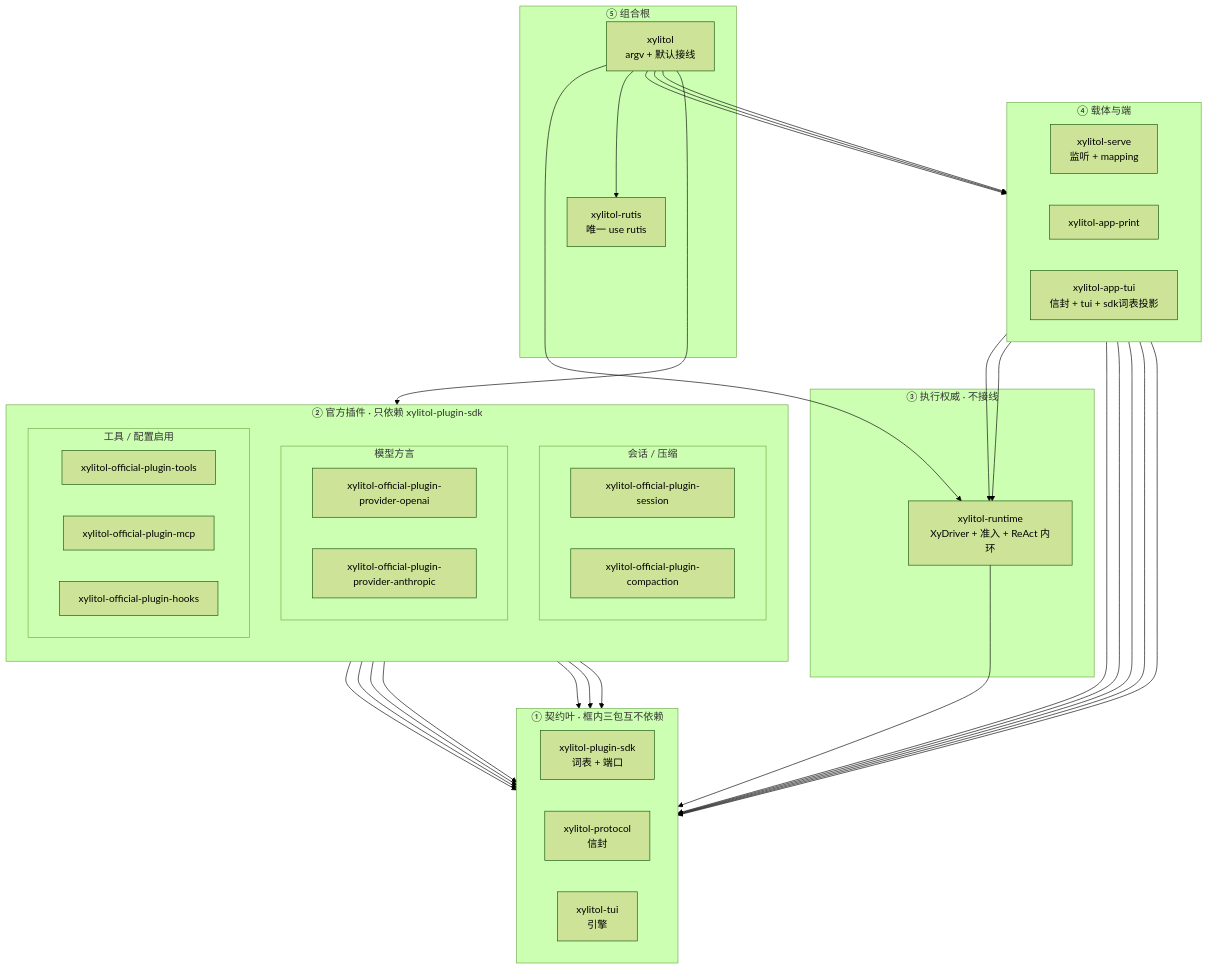
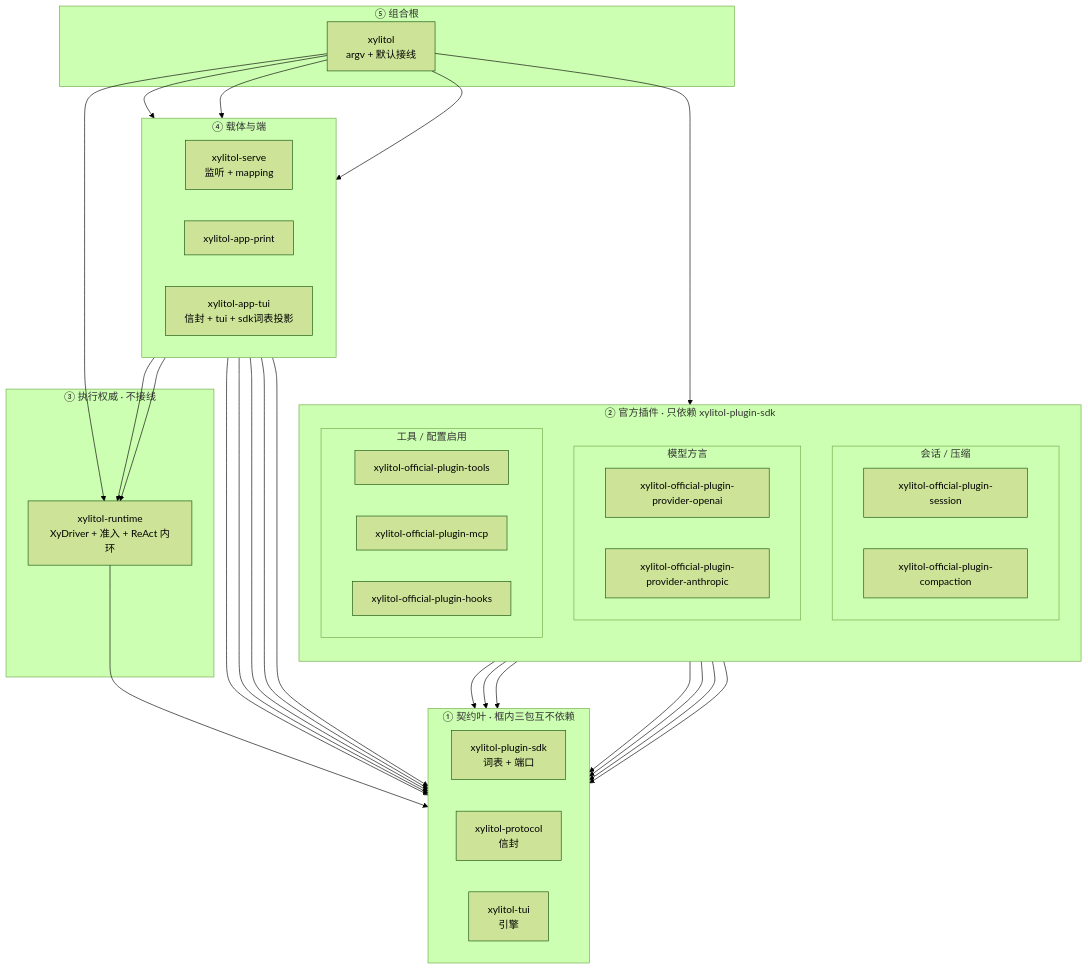
Before and after one commit to StrayDragon/xylitol: the diagram in src/AGENTS.md, drawn with Mermaid (forest theme). The commit also changed other lines of this file and 43 other files, not shown here.

````diff
--- a/src/AGENTS.md
+++ b/src/AGENTS.md
@@ -20,67 +20,65 @@
 ```mermaid
 flowchart TB
   subgraph contracts["① 契约叶 · 框内三包互不依赖"]
     direction LR
     xylitol_plugin_sdk["xylitol-plugin-sdk<br/>词表 + 端口"]
     xylitol_protocol["xylitol-protocol<br/>信封"]
     xylitol_tui["xylitol-tui<br/>引擎"]
   end
 
   subgraph plugins["② 官方插件 · 只依赖 xylitol-plugin-sdk"]
     direction TB
     subgraph plugins_loop["会话 / 压缩"]
       direction LR
       xylitol_official_plugin_session["xylitol-official-plugin-session"]
       xylitol_official_plugin_compaction["xylitol-official-plugin-compaction"]
     end
     subgraph plugins_model["模型方言"]
       direction LR
       xylitol_official_plugin_provider_openai["xylitol-official-plugin-provider-openai"]
       xylitol_official_plugin_provider_anthropic["xylitol-official-plugin-provider-anthropic"]
     end
     subgraph plugins_ext["工具 / 配置启用"]
       direction LR
       xylitol_official_plugin_tools["xylitol-official-plugin-tools"]
       xylitol_official_plugin_mcp["xylitol-official-plugin-mcp"]
       xylitol_official_plugin_hooks["xylitol-official-plugin-hooks"]
     end
   end
 
   subgraph kernel["③ 执行权威 · 不接线"]
     xylitol_runtime["xylitol-runtime<br/>XyDriver + 准入 + ReAct 内环"]
   end
 
   subgraph surfaces["④ 载体与端"]
     direction LR
     xylitol_serve["xylitol-serve<br/>监听 + mapping"]
     xylitol_app_print["xylitol-app-print"]
     xylitol_app_tui["xylitol-app-tui<br/>信封 + tui + sdk词表投影"]
   end
 
   subgraph root["⑤ 组合根"]
     xylitol["xylitol<br/>argv + 默认接线"]
-    xylitol_rutis["xylitol-rutis<br/>唯一 use rutis"]
   end
 
   xylitol_official_plugin_session --> xylitol_plugin_sdk
   xylitol_official_plugin_compaction --> xylitol_plugin_sdk
   xylitol_official_plugin_provider_openai --> xylitol_plugin_sdk
   xylitol_official_plugin_provider_anthropic --> xylitol_plugin_sdk
   xylitol_official_plugin_tools --> xylitol_plugin_sdk
   xylitol_official_plugin_mcp --> xylitol_plugin_sdk
   xylitol_official_plugin_hooks --> xylitol_plugin_sdk
   xylitol_runtime --> xylitol_plugin_sdk
   xylitol_serve --> xylitol_runtime
   xylitol_serve --> xylitol_protocol
   xylitol_serve --> xylitol_plugin_sdk
   xylitol_app_print --> xylitol_runtime
   xylitol_app_tui --> xylitol_protocol
   xylitol_app_tui --> xylitol_tui
   xylitol_app_tui --> xylitol_plugin_sdk
   xylitol --> plugins
   xylitol --> xylitol_runtime
   xylitol --> xylitol_serve
   xylitol --> xylitol_app_print
   xylitol --> xylitol_app_tui
-  xylitol --> xylitol_rutis
 ```
````
